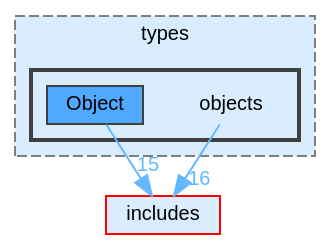
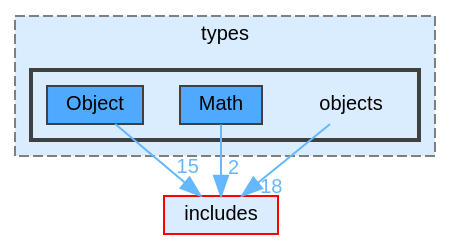
The diagram in dir_5cf2d1decf7560474321a2736fa1e755_dep.dot (JS-CMP/JS-CMP), drawn with Graphviz before and after one commit. The commit also changed 168 other files, not shown here.

```diff
--- a/dir_5cf2d1decf7560474321a2736fa1e755_dep.dot
+++ b/dir_5cf2d1decf7560474321a2736fa1e755_dep.dot
@@ -1,19 +1,21 @@
 digraph "lib/types/objects"
 {
  // LATEX_PDF_SIZE
   bgcolor="transparent";
   edge [fontname=Helvetica,fontsize=10,labelfontname=Helvetica,labelfontsize=10];
   node [fontname=Helvetica,fontsize=10,shape=box,height=0.2,width=0.4];
   compound=true
   subgraph clusterdir_560694f03ee5bf1136d79e4f1ca1ca37 {
     graph [ bgcolor="#daedff", pencolor="grey50", label="types", fontname=Helvetica,fontsize=10 style="filled,dashed", URL="dir_560694f03ee5bf1136d79e4f1ca1ca37.html",tooltip=""]
   subgraph clusterdir_5cf2d1decf7560474321a2736fa1e755 {
     graph [ bgcolor="#daedff", pencolor="grey25", label="", fontname=Helvetica,fontsize=10 style="filled,bold", URL="dir_5cf2d1decf7560474321a2736fa1e755.html",tooltip=""]
     dir_5cf2d1decf7560474321a2736fa1e755 [shape=plaintext, label="objects"];
+  dir_4b9d567d8506c00fa8231f42cd574560 [label="Math", fillcolor="#4ea9ff", color="grey25", style="filled", URL="dir_4b9d567d8506c00fa8231f42cd574560.html",tooltip=""];
   dir_1fe854bcec9b56b8f4dc10d84ac4f9dd [label="Object", fillcolor="#4ea9ff", color="grey25", style="filled", URL="dir_1fe854bcec9b56b8f4dc10d84ac4f9dd.html",tooltip=""];
   }
   }
   dir_09e761304027c904456130627fd4dcf5 [label="includes", fillcolor="#daedff", color="red", style="filled", URL="dir_09e761304027c904456130627fd4dcf5.html",tooltip=""];
-  dir_5cf2d1decf7560474321a2736fa1e755->dir_09e761304027c904456130627fd4dcf5 [headlabel="16", labeldistance=1.5 headhref="dir_000015_000007.html" href="dir_000015_000007.html" color="steelblue1" fontcolor="steelblue1"];
-  dir_1fe854bcec9b56b8f4dc10d84ac4f9dd->dir_09e761304027c904456130627fd4dcf5 [headlabel="15", labeldistance=1.5 headhref="dir_000013_000007.html" href="dir_000013_000007.html" color="steelblue1" fontcolor="steelblue1"];
+  dir_5cf2d1decf7560474321a2736fa1e755->dir_09e761304027c904456130627fd4dcf5 [headlabel="18", labeldistance=1.5 headhref="dir_000016_000007.html" href="dir_000016_000007.html" color="steelblue1" fontcolor="steelblue1"];
+  dir_4b9d567d8506c00fa8231f42cd574560->dir_09e761304027c904456130627fd4dcf5 [headlabel="2", labeldistance=1.5 headhref="dir_000012_000007.html" href="dir_000012_000007.html" color="steelblue1" fontcolor="steelblue1"];
+  dir_1fe854bcec9b56b8f4dc10d84ac4f9dd->dir_09e761304027c904456130627fd4dcf5 [headlabel="15", labeldistance=1.5 headhref="dir_000014_000007.html" href="dir_000014_000007.html" color="steelblue1" fontcolor="steelblue1"];
 }
```
